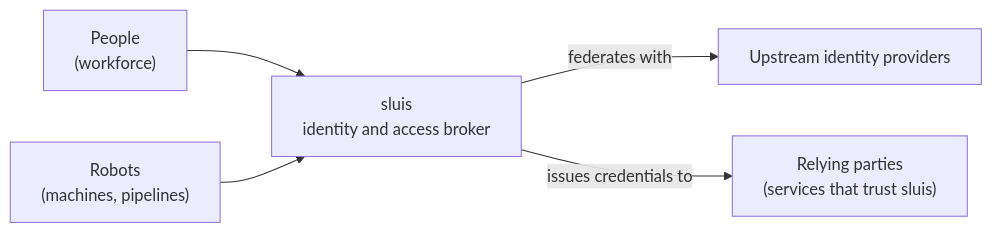
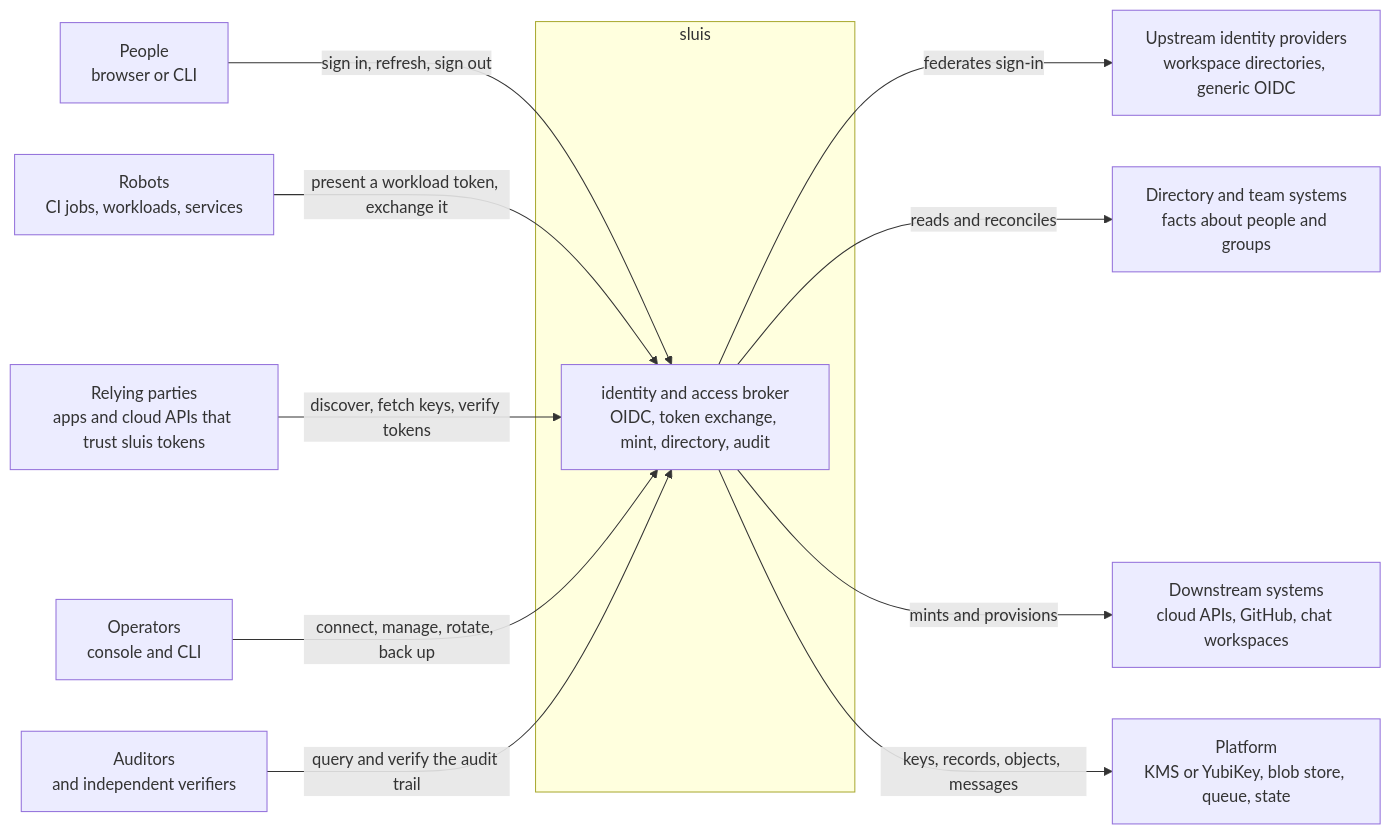
The first of 3 diagrams in docs/architecture/context.md (truvity/sluis), drawn with Mermaid before and after one commit. The commit also changed other lines of this file and 1 other file, not shown here.

Commit message:
docs(architecture): three zoom levels, permission manifest spine, L1 context

````diff
--- a/docs/architecture/context.md
+++ b/docs/architecture/context.md
@@ -11,13 +13,28 @@
 ```mermaid
 flowchart LR
-  people["People<br/>(workforce)"]
-  robots["Robots<br/>(machines, pipelines)"]
-  sluis["sluis<br/>identity and access broker"]
-  upstream["Upstream identity providers"]
-  relying["Relying parties<br/>(services that trust sluis)"]
+  person["People<br/>browser or CLI"]
+  robot["Robots<br/>CI jobs, workloads, services"]
+  rp["Relying parties<br/>apps and cloud APIs that trust sluis tokens"]
+  op["Operators<br/>console and CLI"]
+  aud["Auditors<br/>and independent verifiers"]
 
-  people --> sluis
-  robots --> sluis
-  sluis -->|"federates with"| upstream
-  sluis -->|"issues credentials to"| relying
+  subgraph sluis_boundary["sluis"]
+    sluis["identity and access broker<br/>OIDC, token exchange, mint, directory, audit"]
+  end
+
+  up["Upstream identity providers<br/>workspace directories, generic OIDC"]
+  facts["Directory and team systems<br/>facts about people and groups"]
+  vendors["Downstream systems<br/>cloud APIs, GitHub, chat workspaces"]
+  platform["Platform<br/>KMS or YubiKey, blob store, queue, state"]
+
+  person -->|"sign in, refresh, sign out"| sluis
+  robot -->|"present a workload token, exchange it"| sluis
+  rp -->|"discover, fetch keys, verify tokens"| sluis
+  op -->|"connect, manage, rotate, back up"| sluis
+  aud -->|"query and verify the audit trail"| sluis
+
+  sluis -->|"federates sign-in"| up
+  sluis -->|"reads and reconciles"| facts
+  sluis -->|"mints and provisions"| vendors
+  sluis -->|"keys, records, objects, messages"| platform
 ```
````
